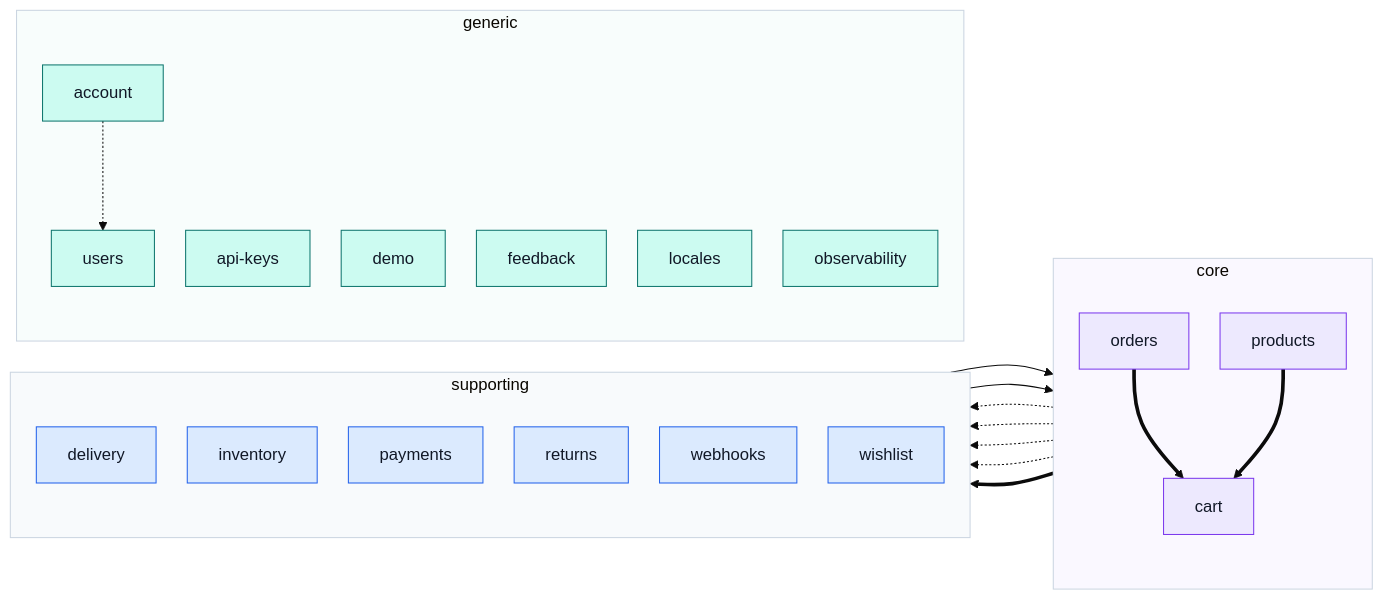
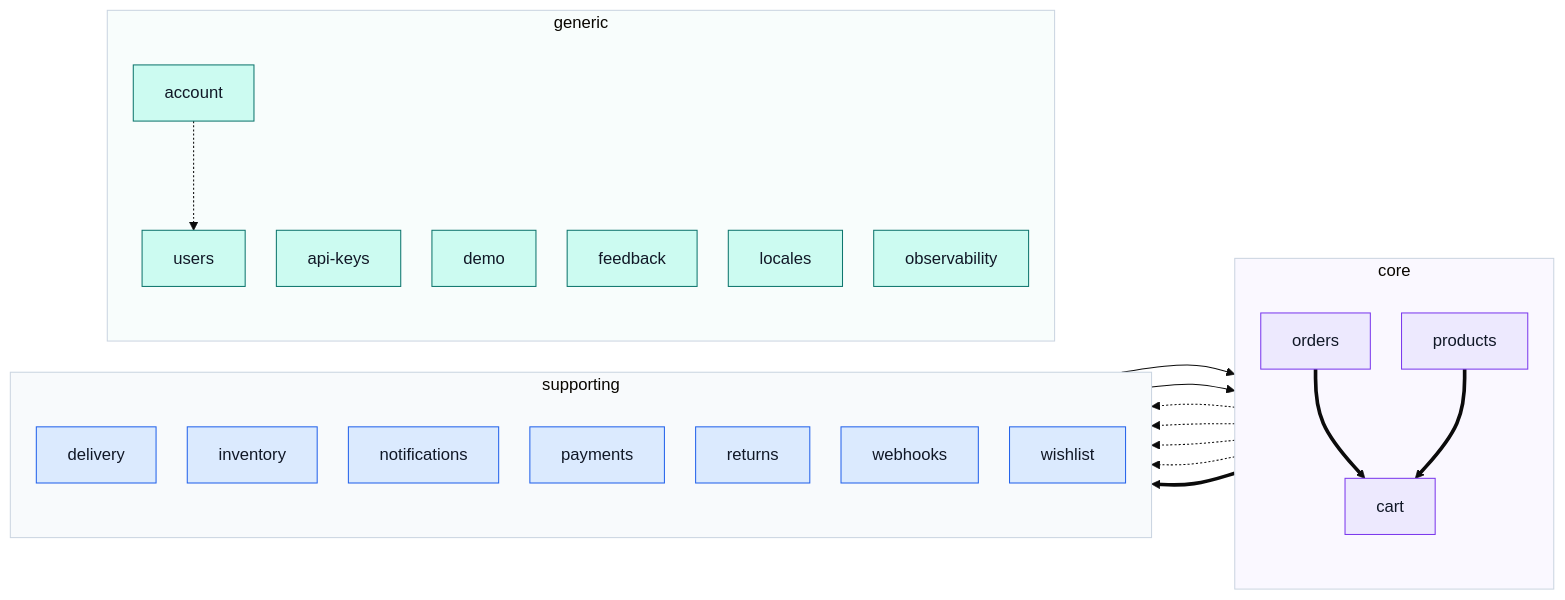
The diagram in docs/modules/index.md (Guebbit/boilerplate-vue-frontend), drawn with Mermaid (base theme) before and after one commit. The commit also changed other lines of this file and 22 other files, not shown here.

````diff
--- a/docs/modules/index.md
+++ b/docs/modules/index.md
@@ -34,49 +34,50 @@
 ```mermaid
 %%{init: {'flowchart': {'nodeSpacing': 30, 'rankSpacing': 80}}}%%
 flowchart LR
     subgraph CORE["core"]
         direction TB
         cart["cart"]
         orders["orders"]
         products["products"]
     end
     subgraph SUPPORTING["supporting"]
         direction TB
         delivery["delivery"]
         inventory["inventory"]
+        notifications["notifications"]
         payments["payments"]
         returns["returns"]
         webhooks["webhooks"]
         wishlist["wishlist"]
     end
     subgraph GENERIC["generic"]
         direction TB
         account["account"]
         apiKeys["api-keys"]
         demo["demo"]
         feedback["feedback"]
         locales["locales"]
         observability["observability"]
         users["users"]
     end
     account -.-> users
     cart -.-> delivery
     inventory --> products
     orders ==> cart
     orders -.-> delivery
     orders -.-> payments
     orders -.-> returns
     products ==> cart
     products ==> wishlist
     wishlist --> cart
 
     classDef core fill:#ede9fe,stroke:#7c3aed,color:#111827;
     classDef supporting fill:#dbeafe,stroke:#2563eb,color:#111827;
     classDef generic fill:#ccfbf1,stroke:#0f766e,color:#111827;
     class cart,orders,products core;
-    class delivery,inventory,payments,returns,webhooks,wishlist supporting;
+    class delivery,inventory,notifications,payments,returns,webhooks,wishlist supporting;
     class account,apiKeys,demo,feedback,locales,observability,users generic;
     style CORE fill:#faf8ff,stroke:#cbd5e1
     style SUPPORTING fill:#f8fafc,stroke:#cbd5e1
     style GENERIC fill:#f8fdfc,stroke:#cbd5e1
 ```
````
